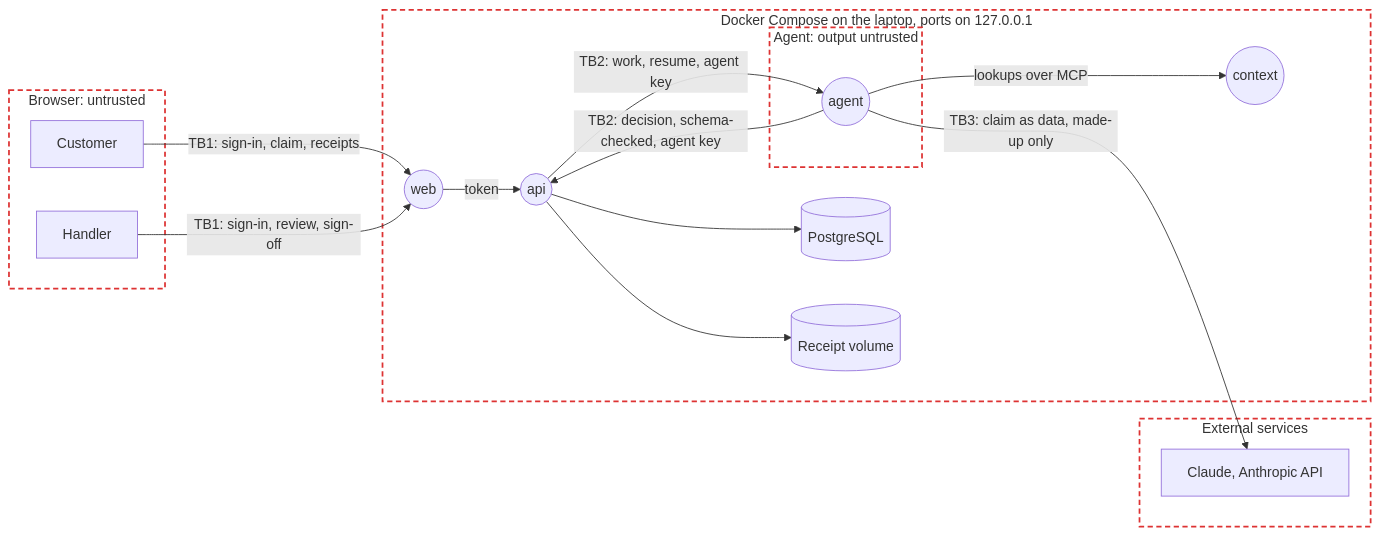
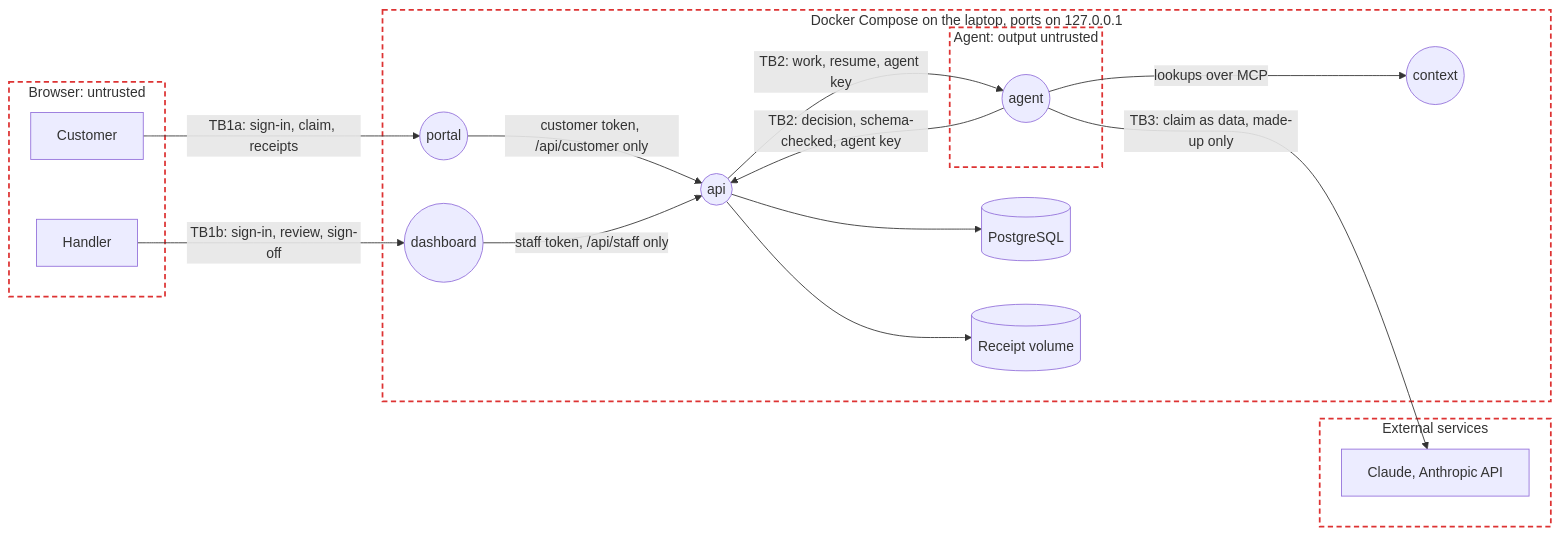
One commit to euginevd/travel-claims changed the diagram in docs/threat-model.md. Above: the diagram before and after it, drawn with Mermaid. The commit also changed other lines of this file and 4 other files, not shown here.

Commit message:
Run the portal and dashboard as separate services and update the threat model

````diff
--- a/docs/threat-model.md
+++ b/docs/threat-model.md
@@ -7,31 +7,33 @@
 ```mermaid
 flowchart LR
   subgraph browser ["Browser: untrusted"]
     customer[Customer]
     handler[Handler]
   end
   subgraph laptop ["Docker Compose on the laptop, ports on 127.0.0.1"]
-    web((web))
+    portal((portal))
+    dashboard((dashboard))
     api((api))
     db[(PostgreSQL)]
     receipts[(Receipt volume)]
     context((context))
     subgraph agentzone ["Agent: output untrusted"]
       agent((agent))
     end
   end
   subgraph third ["External services"]
     anthropic[Claude, Anthropic API]
   end
-  customer -- "TB1: sign-in, claim, receipts" --> web
-  handler -- "TB1: sign-in, review, sign-off" --> web
-  web -- "token" --> api
+  customer -- "TB1a: sign-in, claim, receipts" --> portal
+  handler -- "TB1b: sign-in, review, sign-off" --> dashboard
+  portal -- "customer token, /api/customer only" --> api
+  dashboard -- "staff token, /api/staff only" --> api
   api --> db
   api --> receipts
   api -- "TB2: work, resume, agent key" --> agent
   agent -- "TB2: decision, schema-checked, agent key" --> api
   agent -- "lookups over MCP" --> context
   agent -- "TB3: claim as data, made-up only" --> anthropic
   classDef boundary fill:none,stroke:#d33,stroke-width:2px,stroke-dasharray:6 4
   class browser,laptop,agentzone,third boundary
 ```
````
